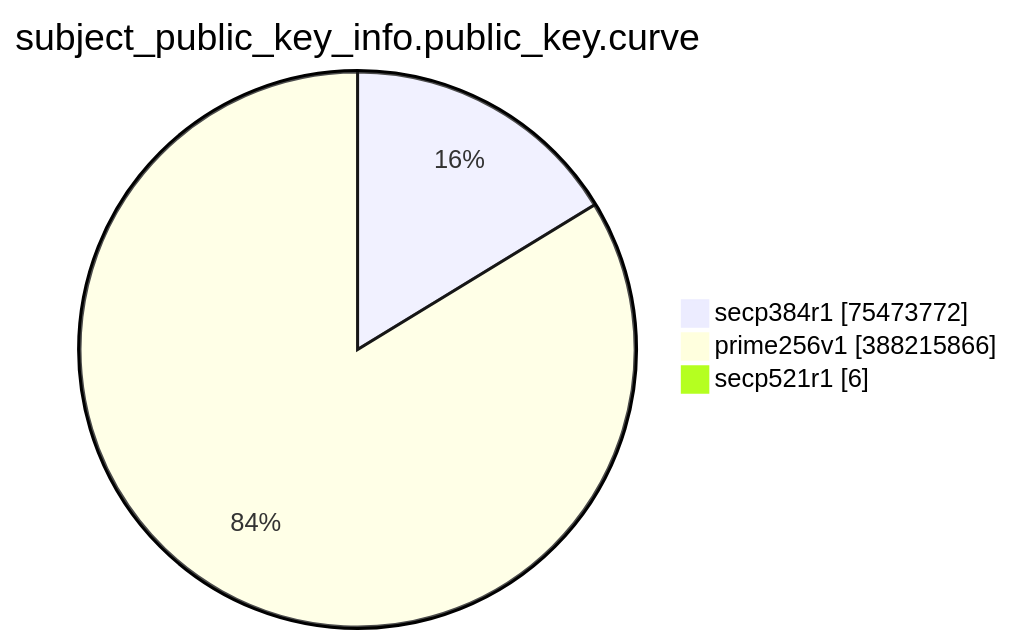
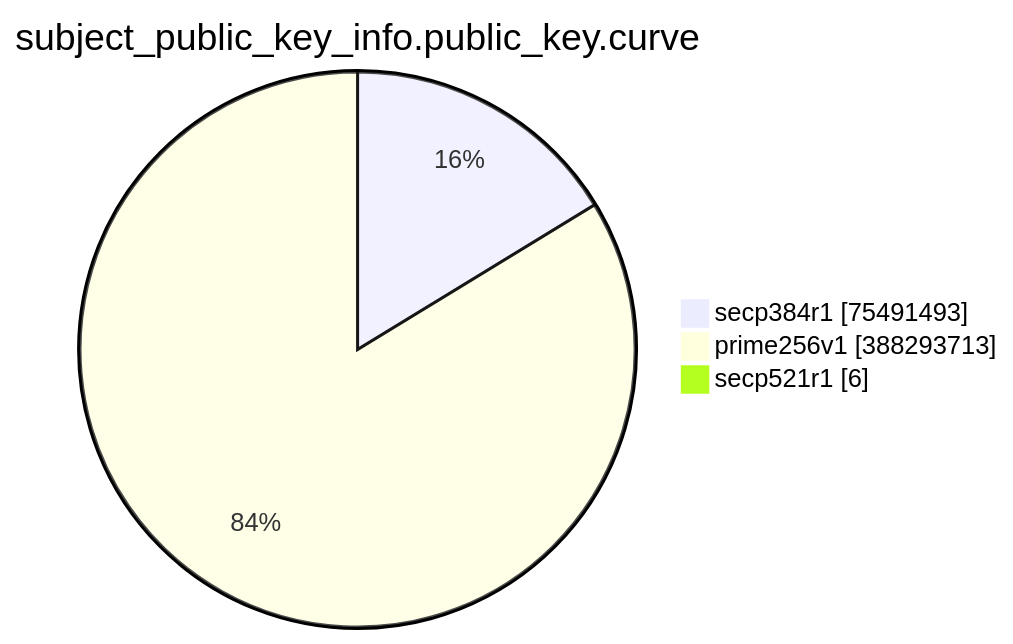
Before and after one commit to christiankrug/ctmonitor_visualization: the eighth of 15 diagrams in TOTAL/README.md, drawn with Mermaid. The commit also changed other lines of this file, not shown here.

````diff
--- a/TOTAL/README.md
+++ b/TOTAL/README.md
@@ -3094,7 +3094,7 @@
 ```mermaid
 pie showData
 title subject_public_key_info.public_key.curve
-"secp384r1" :75473772
-"prime256v1" :388215866
+"secp384r1" :75491493
+"prime256v1" :388293713
 "secp521r1" :6
 ```
````
